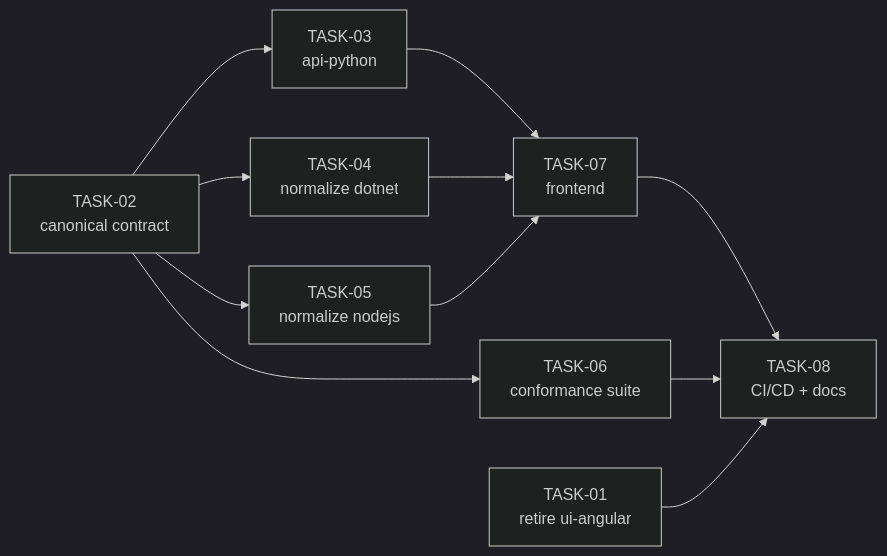
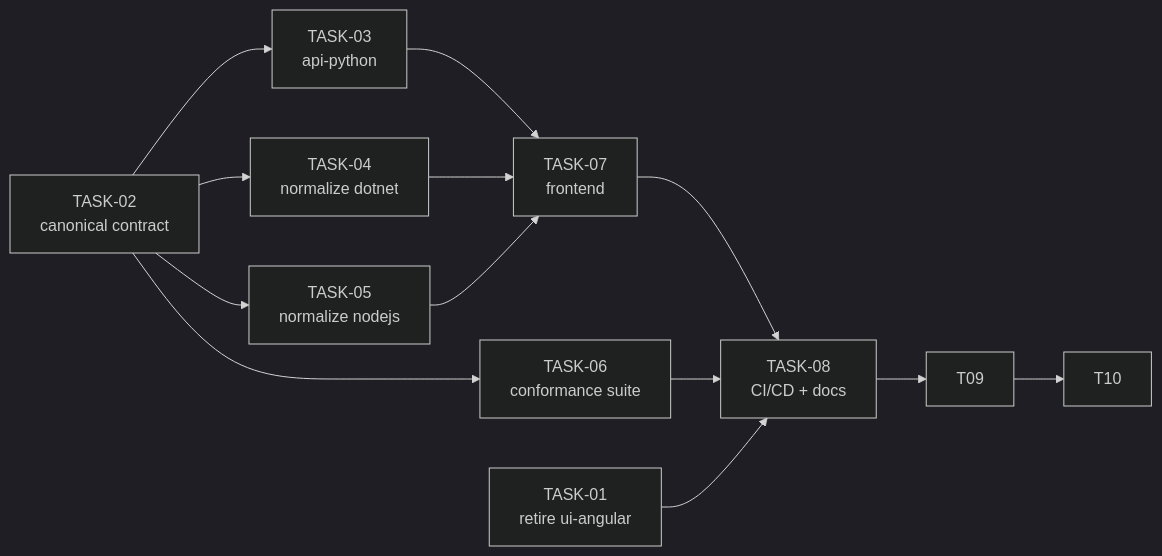
Before and after one commit to RegExTester/regex-tester: the diagram in docs/tasks/README.md, drawn with Mermaid (dark theme). The commit also changed other lines of this file and 2 other files, not shown here.

````diff
--- a/docs/tasks/README.md
+++ b/docs/tasks/README.md
@@ -18,19 +20,20 @@
 ```mermaid
 graph LR
   T01[TASK-01<br/>retire ui-angular]
   T02[TASK-02<br/>canonical contract]
   T03[TASK-03<br/>api-python]
   T04[TASK-04<br/>normalize dotnet]
   T05[TASK-05<br/>normalize nodejs]
   T06[TASK-06<br/>conformance suite]
   T07[TASK-07<br/>frontend]
   T08[TASK-08<br/>CI/CD + docs]
 
   T02 --> T03 --> T07
   T02 --> T04 --> T07
   T02 --> T05 --> T07
   T02 --> T06
   T07 --> T08
   T06 --> T08
   T01 --> T08
+  T08 --> T09 --> T10
 ```
````
